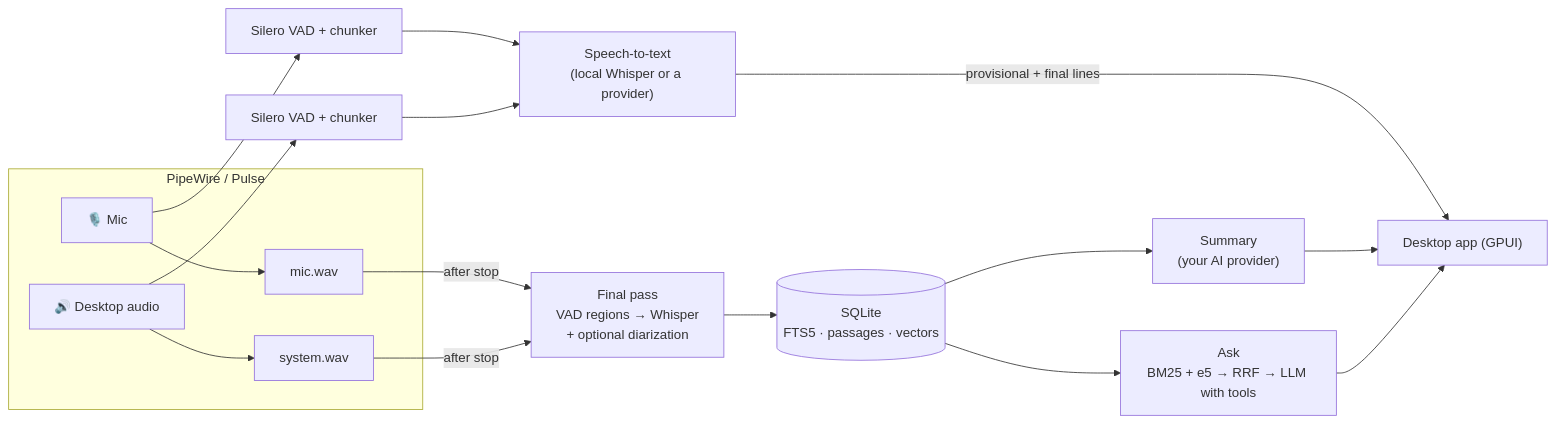
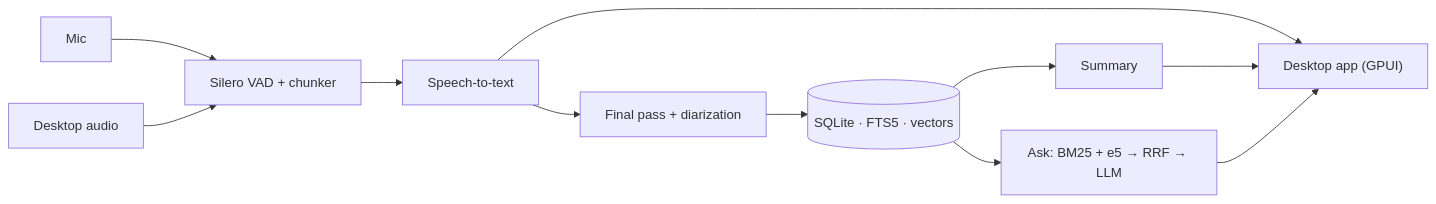
The diagram in README.md (Mostaxd/Mostalgia), drawn with Mermaid before and after one commit. The commit also changed other lines of this file and 1 other file, not shown here.

````diff
--- a/README.md
+++ b/README.md
@@ -268,16 +178,10 @@
 ```mermaid
 flowchart LR
-  subgraph Capture["PipeWire / Pulse"]
-    MIC["🎙️ Mic"] --> CM["mic.wav"]
-    SYS["🔊 Desktop audio"] --> CS["system.wav"]
-  end
-  MIC --> VAD1["Silero VAD + chunker"]
-  SYS --> VAD2["Silero VAD + chunker"]
-  VAD1 & VAD2 --> W["Speech-to-text<br/>(local Whisper or a provider)"]
-  W -->|"provisional + final lines"| UI["Desktop app (GPUI)"]
-  CM & CS -->|"after stop"| FP["Final pass<br/>VAD regions → Whisper<br/>+ optional diarization"]
-  FP --> DB[("SQLite<br/>FTS5 · passages · vectors")]
-  DB --> SUM["Summary<br/>(your AI provider)"]
-  DB --> ASK["Ask<br/>BM25 + e5 → RRF → LLM with tools"]
+  MIC["Mic"] & SYS["Desktop audio"] --> VAD["Silero VAD + chunker"]
+  VAD --> W["Speech-to-text"]
+  W --> UI["Desktop app (GPUI)"]
+  W --> FP["Final pass + diarization"]
+  FP --> DB[("SQLite · FTS5 · vectors")]
+  DB --> SUM["Summary"] & ASK["Ask: BM25 + e5 → RRF → LLM"]
   SUM & ASK --> UI
 ```
````
